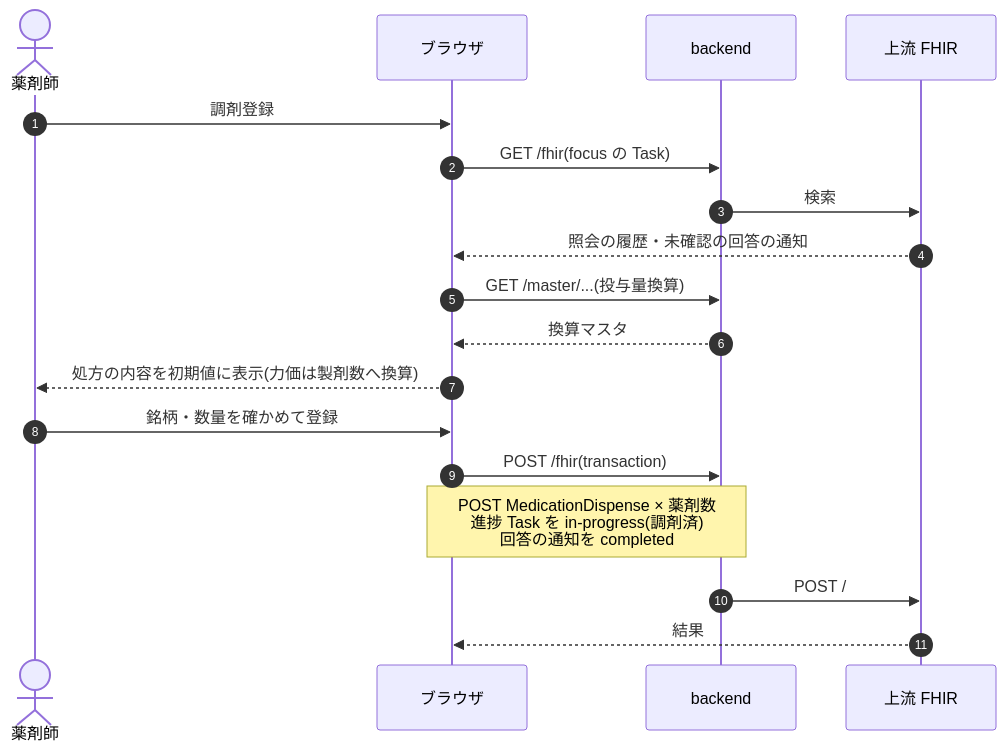
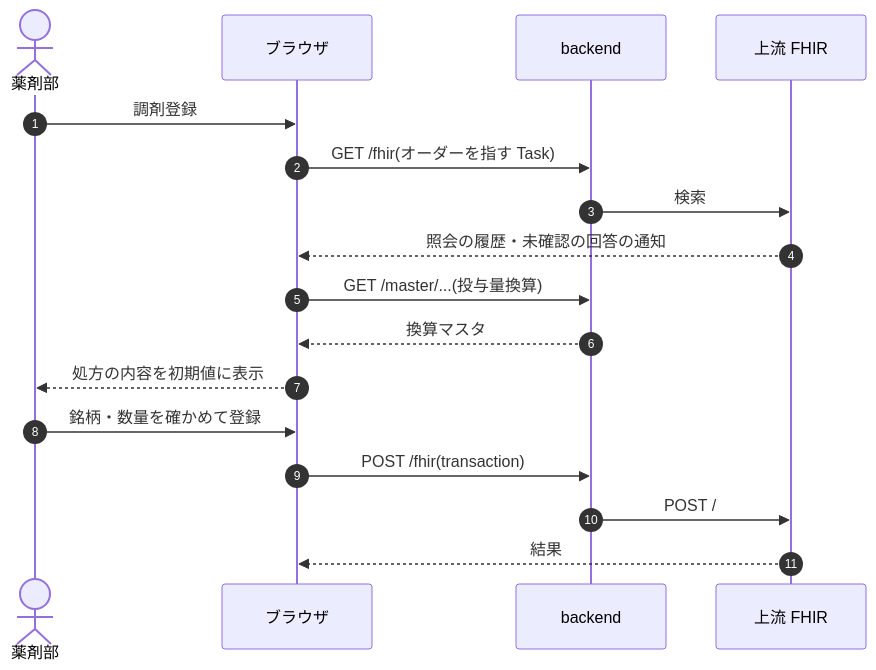
The tenth of 12 diagrams in docs/dev/prescription.md (ysnr-dev/fhir-client-docs), drawn with Mermaid before and after one commit. The commit also changed other lines of this file and 43 other files, not shown here.

Commit message:
docs: 業務フローとシーケンス図を写し直し

````diff
--- a/docs/dev/prescription.md
+++ b/docs/dev/prescription.md
@@ -231,21 +364,20 @@
 ```mermaid
 sequenceDiagram
   autonumber
-  actor Ph as 薬剤師
+  actor Ph as 薬剤部
   participant UI as ブラウザ
   participant BE as backend
   participant FHIR as 上流 FHIR
 
   Ph->>UI: 調剤登録
-  UI->>BE: GET /fhir(focus の Task)
+  UI->>BE: GET /fhir(オーダーを指す Task)
   BE->>FHIR: 検索
   FHIR-->>UI: 照会の履歴・未確認の回答の通知
   UI->>BE: GET /master/...(投与量換算)
   BE-->>UI: 換算マスタ
-  UI-->>Ph: 処方の内容を初期値に表示(力価は製剤数へ換算)
+  UI-->>Ph: 処方の内容を初期値に表示
   Ph->>UI: 銘柄・数量を確かめて登録
   UI->>BE: POST /fhir(transaction)
-  Note over UI,BE: POST MedicationDispense × 薬剤数<br/>進捗 Task を in-progress(調剤済)<br/>回答の通知を completed
   BE->>FHIR: POST /
   FHIR-->>UI: 結果
 ```
````
